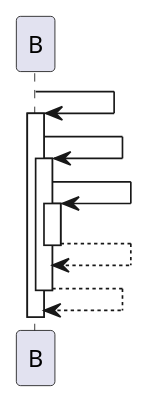
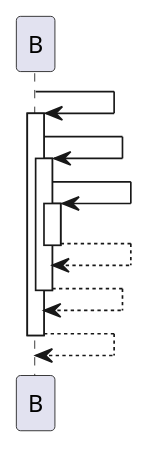
Before and after one commit to lambdaJasonYang/lambdaJasonYang.github.io: the diagram in posts/2019-03-25-RecursionToIterative.markdown, drawn with PlantUML. The commit also changed 32 other files, not shown here.

````diff
--- a/posts/2019-03-25-RecursionToIterative.markdown
+++ b/posts/2019-03-25-RecursionToIterative.markdown
@@ -6,14 +6,24 @@
 ```plantuml
 @startuml
-autoactivate on
+
 B -> B:
+activate B
 
 
 B -> B:
+activate B
+
 B -> B:
+activate B
 
-return
-return
+B --> B:
+deactivate B
+
+B --> B:
+deactivate B
+
+B --> B:
+deactivate B
 
 @enduml
 ```
````
